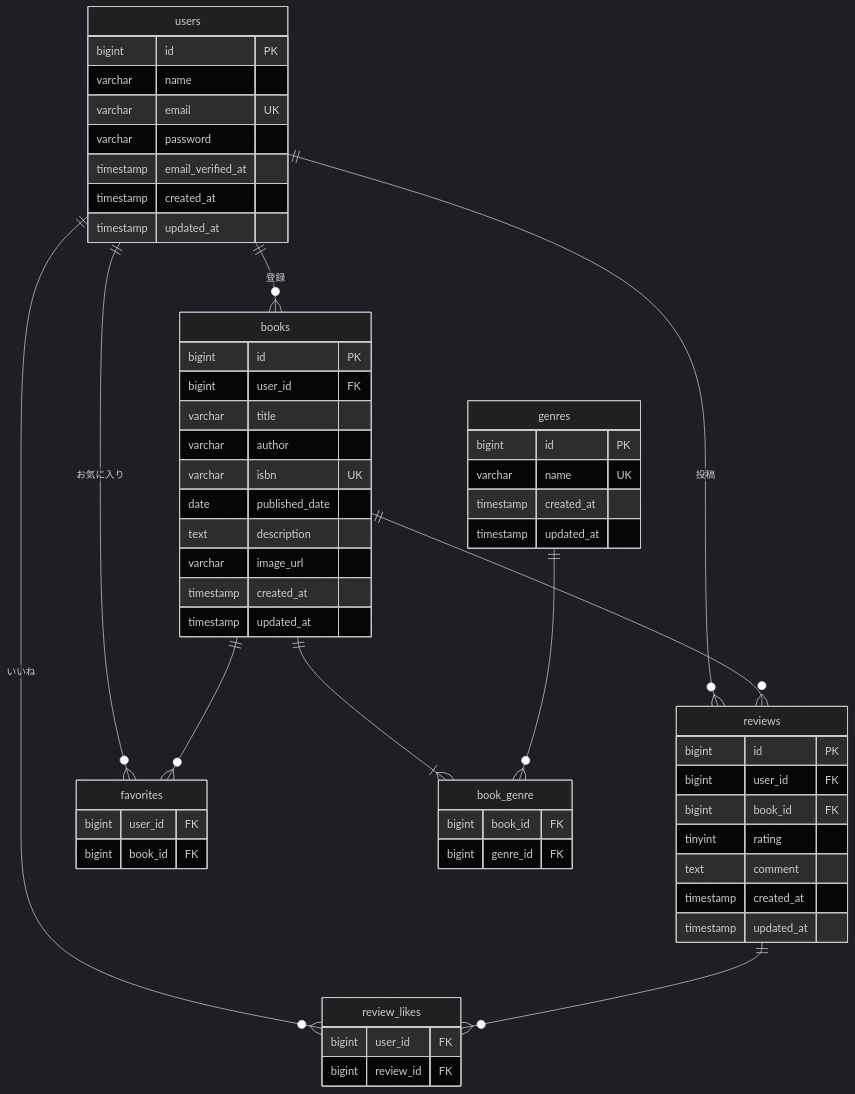
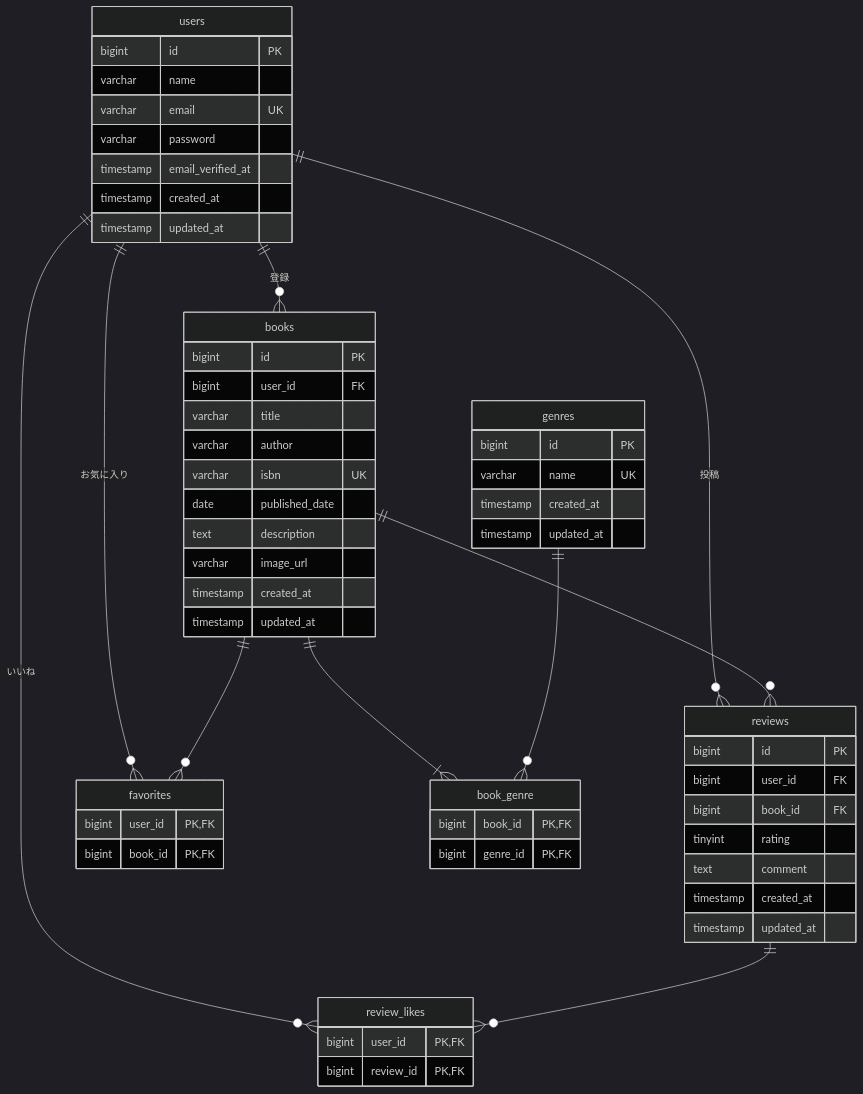
Before and after one commit to coachtech-material/ExampleAnswer-mockcase-BookShelf: the diagram in README.md, drawn with Mermaid (dark theme). The commit also changed 1 other file, not shown here.

Commit message:
fix(basic): 採点team 追加指摘対応 (R18/R20)
R18: README.md ER図の中間テーブルに複合主キー (PK,FK) を明示
  - book_genre, favorites, review_likes が複合PKで一意性を担保していることを
    視覚的に分かるように PK,FK 表記を追加

R20: StoreReviewRequest/UpdateReviewRequest の rating メッセージに合わせ
  要件シート100% シート7 のバリデーションメッセージ表を更新
  - rating.min/max: "評価は1以上/5以下で入力してください" → "評価は1〜5の整数で入力してください"
  - 評価シート L78 および実装と一致させた

````diff
--- a/README.md
+++ b/README.md
@@ -144,67 +144,67 @@
 ```mermaid
 erDiagram
     users ||--o{ books : "登録"
     users ||--o{ reviews : "投稿"
     users ||--o{ favorites : "お気に入り"
     users ||--o{ review_likes : "いいね"
     books ||--o{ reviews : ""
     books ||--|{ book_genre : ""
     books ||--o{ favorites : ""
     genres ||--o{ book_genre : ""
     reviews ||--o{ review_likes : ""
 
     users {
         bigint id PK
         varchar name
         varchar email UK
         varchar password
         timestamp email_verified_at
         timestamp created_at
         timestamp updated_at
     }
 
     books {
         bigint id PK
         bigint user_id FK
         varchar title
         varchar author
         varchar isbn UK
         date published_date
         text description
         varchar image_url
         timestamp created_at
         timestamp updated_at
     }
 
     genres {
         bigint id PK
         varchar name UK
         timestamp created_at
         timestamp updated_at
     }
 
     reviews {
         bigint id PK
         bigint user_id FK
         bigint book_id FK
         tinyint rating
         text comment
         timestamp created_at
         timestamp updated_at
     }
 
     book_genre {
-        bigint book_id FK
-        bigint genre_id FK
+        bigint book_id PK,FK
+        bigint genre_id PK,FK
     }
 
     favorites {
-        bigint user_id FK
-        bigint book_id FK
+        bigint user_id PK,FK
+        bigint book_id PK,FK
     }
 
     review_likes {
-        bigint user_id FK
-        bigint review_id FK
+        bigint user_id PK,FK
+        bigint review_id PK,FK
     }
 ```
````
